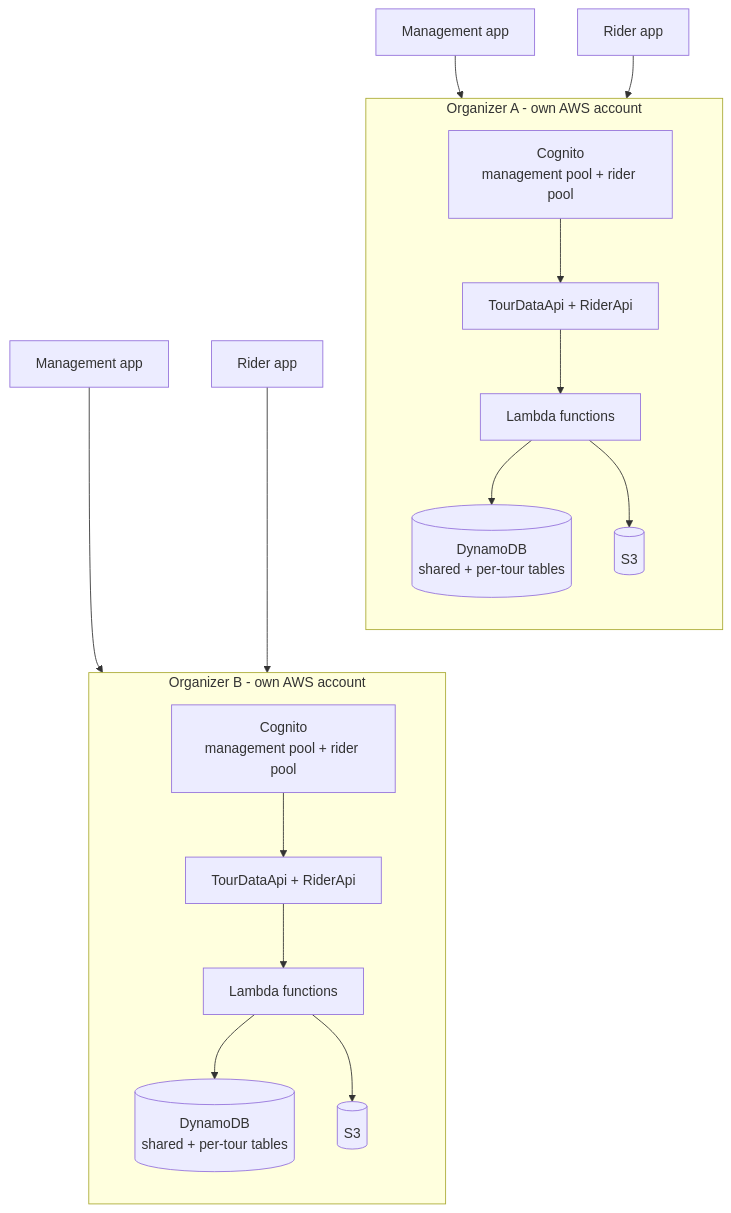
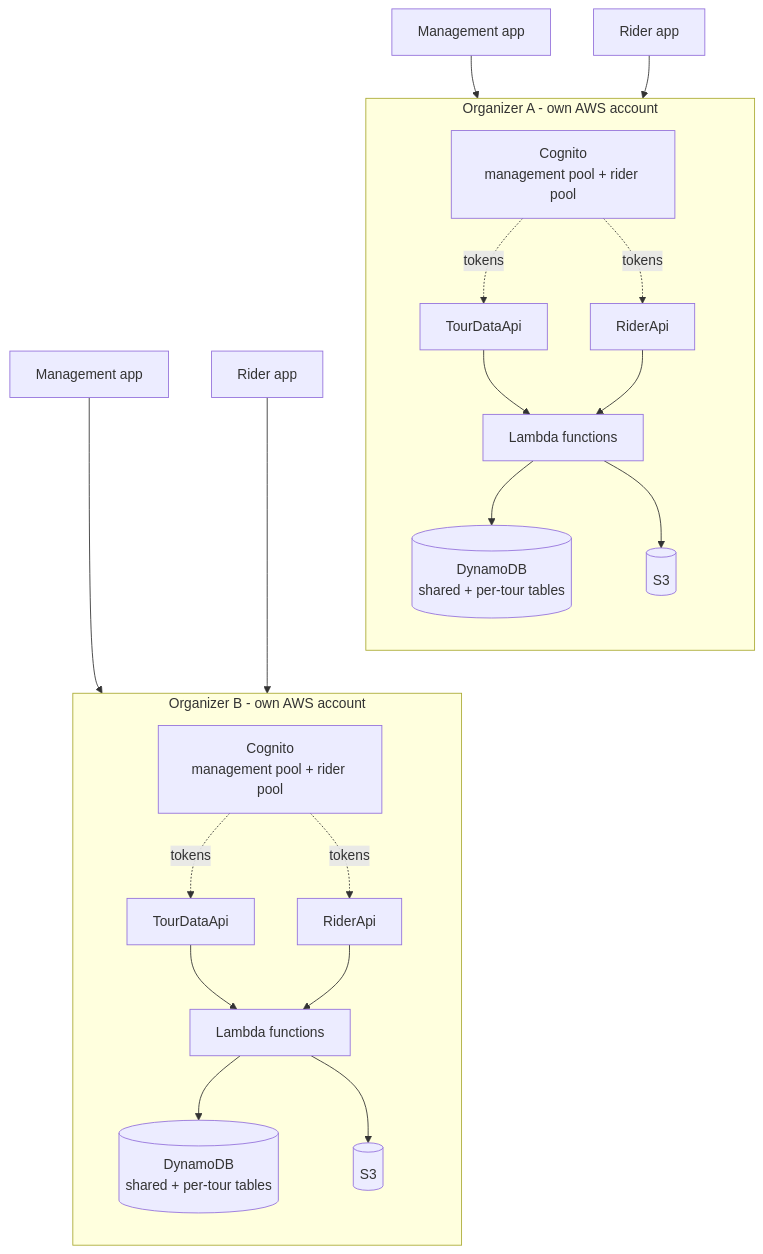
One commit to kvijay77-in/cycling-tour-platform changed the first of 2 diagrams in docs/deployment-model.md. Above: the diagram before and after it, drawn with Mermaid. The commit also changed 1 other file, not shown here.

Commit message:
Split APIs in deployment diagram; clarify local preview URL

````diff
--- a/docs/deployment-model.md
+++ b/docs/deployment-model.md
@@ -9,31 +9,39 @@
 ```mermaid
 flowchart TB
     subgraph OrgA["Organizer A - own AWS account"]
         direction TB
         A_C["Cognito<br/>management pool + rider pool"]
-        A_API["TourDataApi + RiderApi"]
+        A_TA["TourDataApi"]
+        A_RI["RiderApi"]
         A_L["Lambda functions"]
         A_D[("DynamoDB<br/>shared + per-tour tables")]
         A_S[("S3")]
-        A_C --> A_API --> A_L --> A_D
+        A_C -. tokens .-> A_TA & A_RI
+        A_TA --> A_L
+        A_RI --> A_L
+        A_L --> A_D
         A_L --> A_S
     end
 
     subgraph OrgB["Organizer B - own AWS account"]
         direction TB
         B_C["Cognito<br/>management pool + rider pool"]
-        B_API["TourDataApi + RiderApi"]
+        B_TA["TourDataApi"]
+        B_RI["RiderApi"]
         B_L["Lambda functions"]
         B_D[("DynamoDB<br/>shared + per-tour tables")]
         B_S[("S3")]
-        B_C --> B_API --> B_L --> B_D
+        B_C -. tokens .-> B_TA & B_RI
+        B_TA --> B_L
+        B_RI --> B_L
+        B_L --> B_D
         B_L --> B_S
     end
 
-    A_MA["Management app"] --> A_API
-    A_RA["Rider app"] --> A_API
-    B_MA["Management app"] --> B_API
-    B_RA["Rider app"] --> B_API
+    A_MA["Management app"] --> A_TA
+    A_RA["Rider app"] --> A_RI
+    B_MA["Management app"] --> B_TA
+    B_RA["Rider app"] --> B_RI
 
     OrgA ~~~ OrgB
 ```
````
